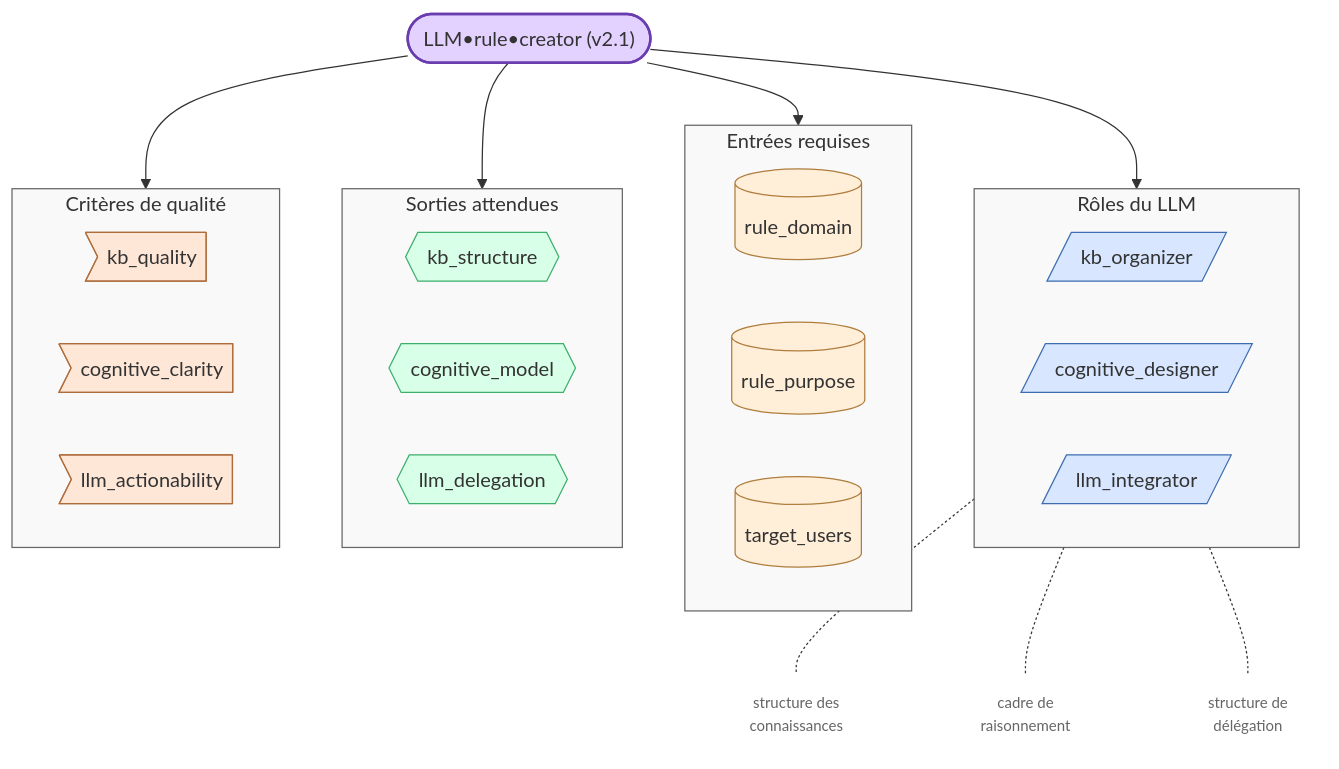
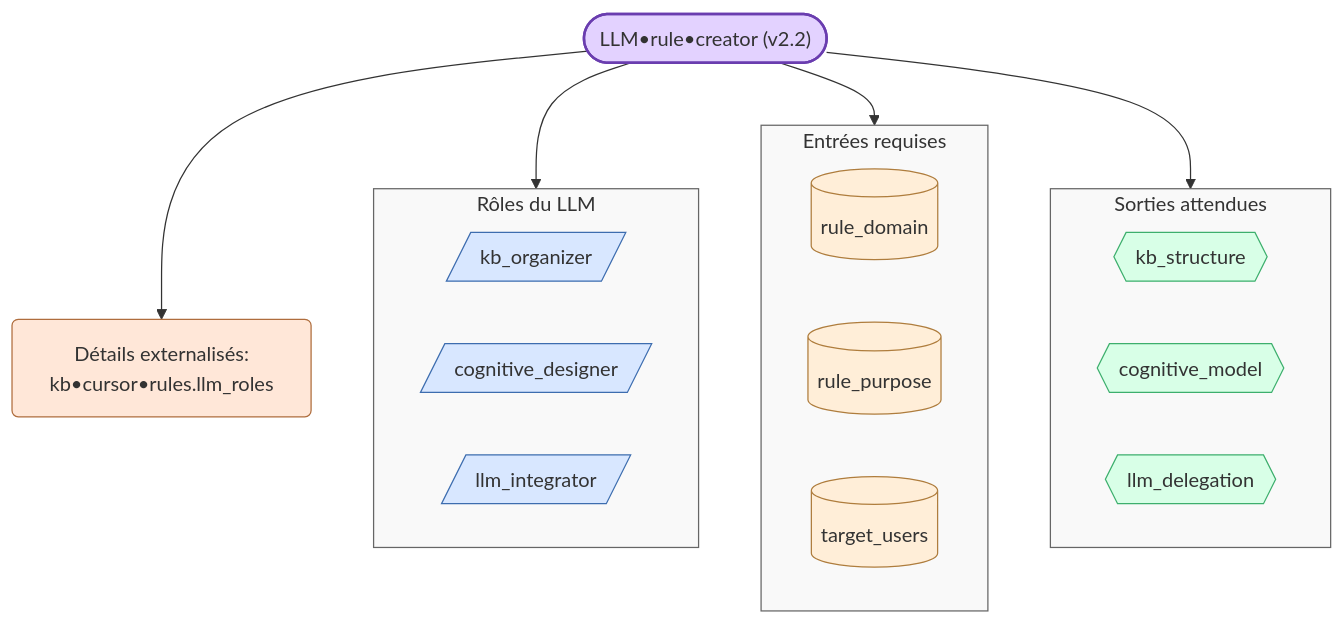
Before and after one commit to giak/cursor-rules-agile-workflow: the sixth of 7 diagrams in .cursor/documentation/0000-cursor-rules-documentation.md, drawn with Mermaid. The commit also changed other lines of this file and 6 other files, not shown here.

````diff
--- a/.cursor/documentation/0000-cursor-rules-documentation.md
+++ b/.cursor/documentation/0000-cursor-rules-documentation.md
@@ -187,59 +223,45 @@
 ```mermaid
 flowchart TD
     %% Structure principale
-    LLM(["LLM•rule•creator (v2.1)"]) --> ROLES
+    LLM(["LLM•rule•creator (v2.2)"]) --> ROLES
     LLM --> INPUTS
     LLM --> OUTPUTS
-    LLM --> QUALITY
+    LLM --> EXT["Détails externalisés:<br>kb•cursor•rules.llm_roles"]
 
     %% Groupes avec des formes distinctives
     subgraph ROLES [Rôles du LLM]
         direction LR
         KO[/kb_organizer/]
         CD[/cognitive_designer/]
         LI[/llm_integrator/]
     end
 
     subgraph INPUTS [Entrées requises]
         direction LR
         RD[(rule_domain)]
         RP[(rule_purpose)]
         TU[(target_users)]
     end
 
     subgraph OUTPUTS [Sorties attendues]
         direction LR
         KS{{kb_structure}}
         CM{{cognitive_model}}
         LD{{llm_delegation}}
     end
 
-    subgraph QUALITY [Critères de qualité]
-        direction LR
-        KQ>"kb_quality"]
-        CC>"cognitive_clarity"]
-        LA>"llm_actionability"]
-    end
-
-    %% Annotations pour les rôles
-    KO -.- KO_Desc["structure des<br>connaissances"]
-    CD -.- CD_Desc["cadre de<br>raisonnement"]
-    LI -.- LI_Desc["structure de<br>délégation"]
-
     %% Styles améliorés
     classDef llm fill:#e3d2ff,stroke:#6a3daf,stroke-width:2px,color:#333,rx:5
     classDef group fill:#f9f9f9,stroke:#666,stroke-width:1px,color:#333
     classDef role fill:#d8e7ff,stroke:#3d6daf,stroke-width:1px,color:#333
     classDef input fill:#ffeed8,stroke:#af7d3d,stroke-width:1px,color:#333
     classDef output fill:#d8ffe7,stroke:#3daf6d,stroke-width:1px,color:#333
-    classDef quality fill:#ffe7d8,stroke:#af6d3d,stroke-width:1px,color:#333
-    classDef desc fill:none,stroke:none,color:#666,font-size:12px
+    classDef ext fill:#ffe7d8,stroke:#af6d3d,stroke-width:1px,color:#333,rx:5
 
     class LLM llm
-    class ROLES,INPUTS,OUTPUTS,QUALITY group
+    class ROLES,INPUTS,OUTPUTS group
     class KO,CD,LI role
     class RD,RP,TU input
     class KS,CM,LD output
-    class KQ,CC,LA quality
-    class KO_Desc,CD_Desc,LI_Desc desc
+    class EXT ext
 ```
````
